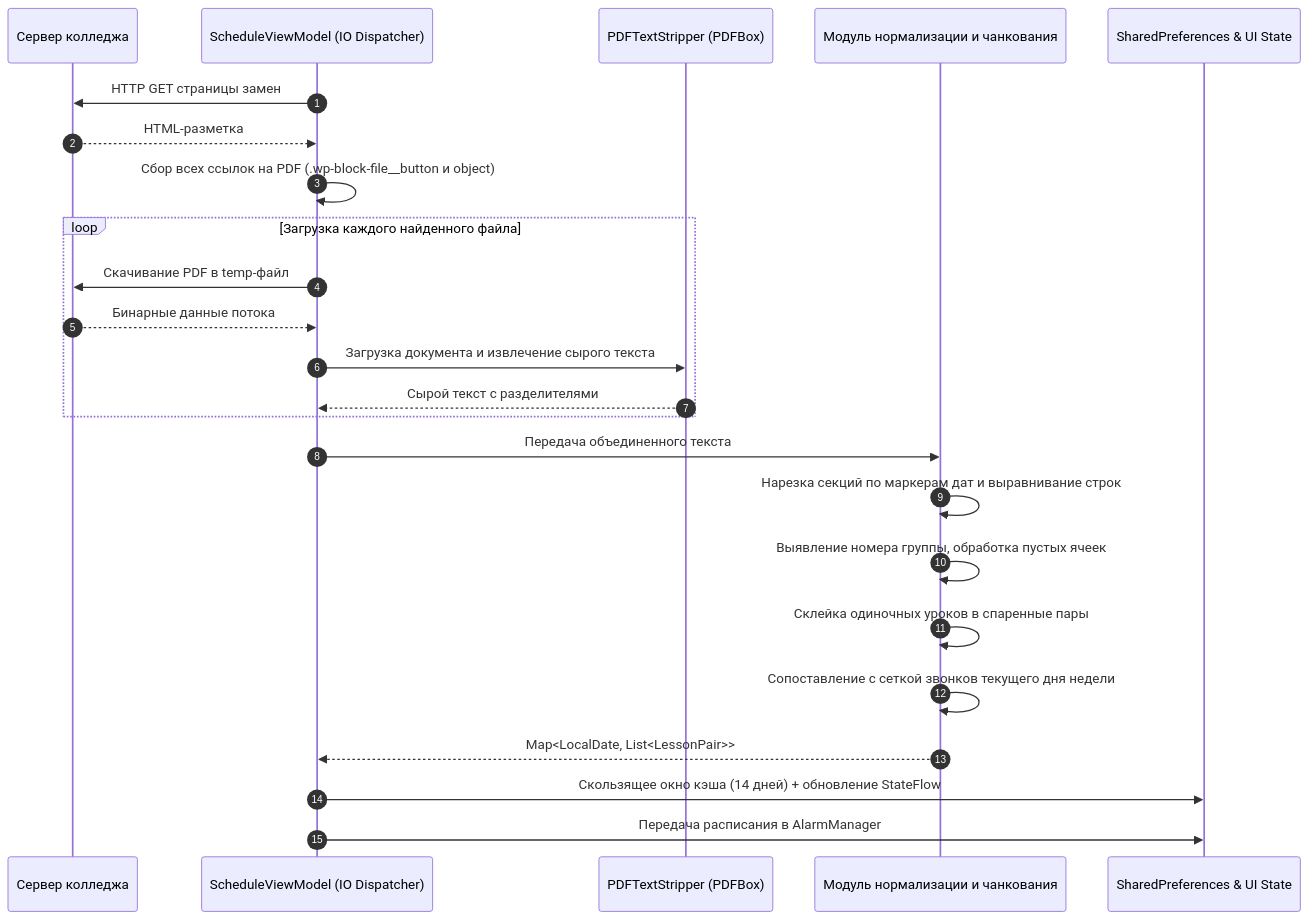
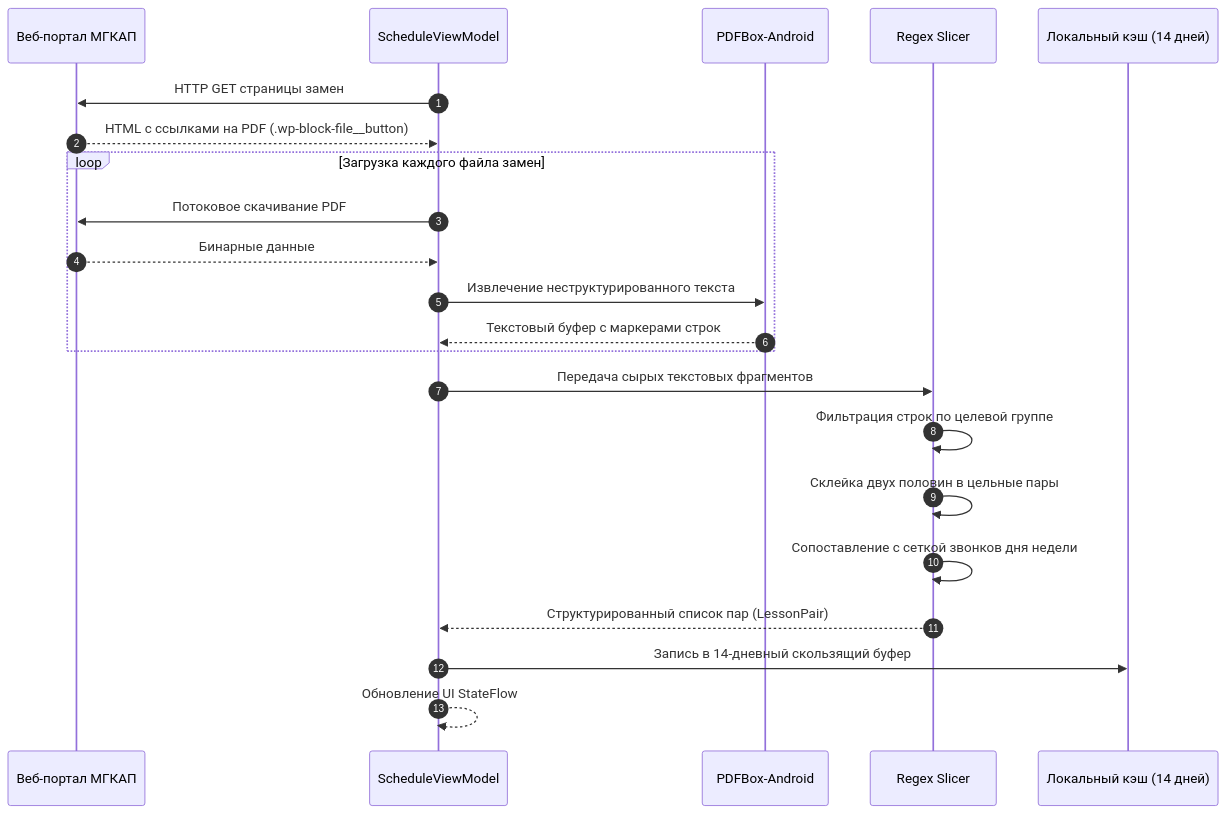
Before and after one commit to ticker-01/Pulse-Releases: the second of 5 diagrams in README.md, drawn with Mermaid. The commit also changed other lines of this file, not shown here.

````diff
--- a/README.md
+++ b/README.md
@@ -54,28 +92,25 @@
 ```mermaid
 sequenceDiagram
     autonumber
-    participant Web as Сервер колледжа
-    participant Parser as ScheduleViewModel (IO Dispatcher)
-    participant Engine as PDFTextStripper (PDFBox)
-    participant Slicer as Модуль нормализации и чанкования
-    participant Cache as SharedPreferences & UI State
+    participant Portal as Веб-портал МГКАП
+    participant VM as ScheduleViewModel
+    participant PDF as PDFBox-Android
+    participant Engine as Regex Slicer
+    participant Cache as Локальный кэш (14 дней)
 
-    Parser->>Web: HTTP GET страницы замен
-    Web-->>Parser: HTML-разметка
-    Parser->>Parser: Сбор всех ссылок на PDF (.wp-block-file__button и object)
-    loop Загрузка каждого найденного файла
-        Parser->>Web: Скачивание PDF в temp-файл
-        Web-->>Parser: Бинарные данные потока
-        Parser->>Engine: Загрузка документа и извлечение сырого текста
-        Engine-->>Parser: Сырой текст с разделителями
+    VM->>Portal: HTTP GET страницы замен
+    Portal-->>VM: HTML с ссылками на PDF (.wp-block-file__button)
+    loop Загрузка каждого файла замен
+        VM->>Portal: Потоковое скачивание PDF
+        Portal-->>VM: Бинарные данные
+        VM->>PDF: Извлечение неструктурированного текста
+        PDF-->>VM: Текстовый буфер с маркерами строк
     end
-    Parser->>Slicer: Передача объединенного текста
-    Slicer->>Slicer: Нарезка секций по маркерам дат и выравнивание строк
-    Slicer->>Slicer: Выявление номера группы, обработка пустых ячеек
-    Slicer->>Slicer: Склейка одиночных уроков в спаренные пары
-    Slicer->>Slicer: Сопоставление с сеткой звонков текущего дня недели
-    Slicer-->>Parser: Map<LocalDate, List<LessonPair>>
-    Parser->>Cache: Скользящее окно кэша (14 дней) + обновление StateFlow
-    Parser->>Cache: Передача расписания в AlarmManager
-
+    VM->>Engine: Передача сырых текстовых фрагментов
+    Engine->>Engine: Фильтрация строк по целевой группе
+    Engine->>Engine: Склейка двух половин в цельные пары
+    Engine->>Engine: Сопоставление с сеткой звонков дня недели
+    Engine-->>VM: Структурированный список пар (LessonPair)
+    VM->>Cache: Запись в 14-дневный скользящий буфер
+    VM-->>VM: Обновление UI StateFlow
 ```
````
